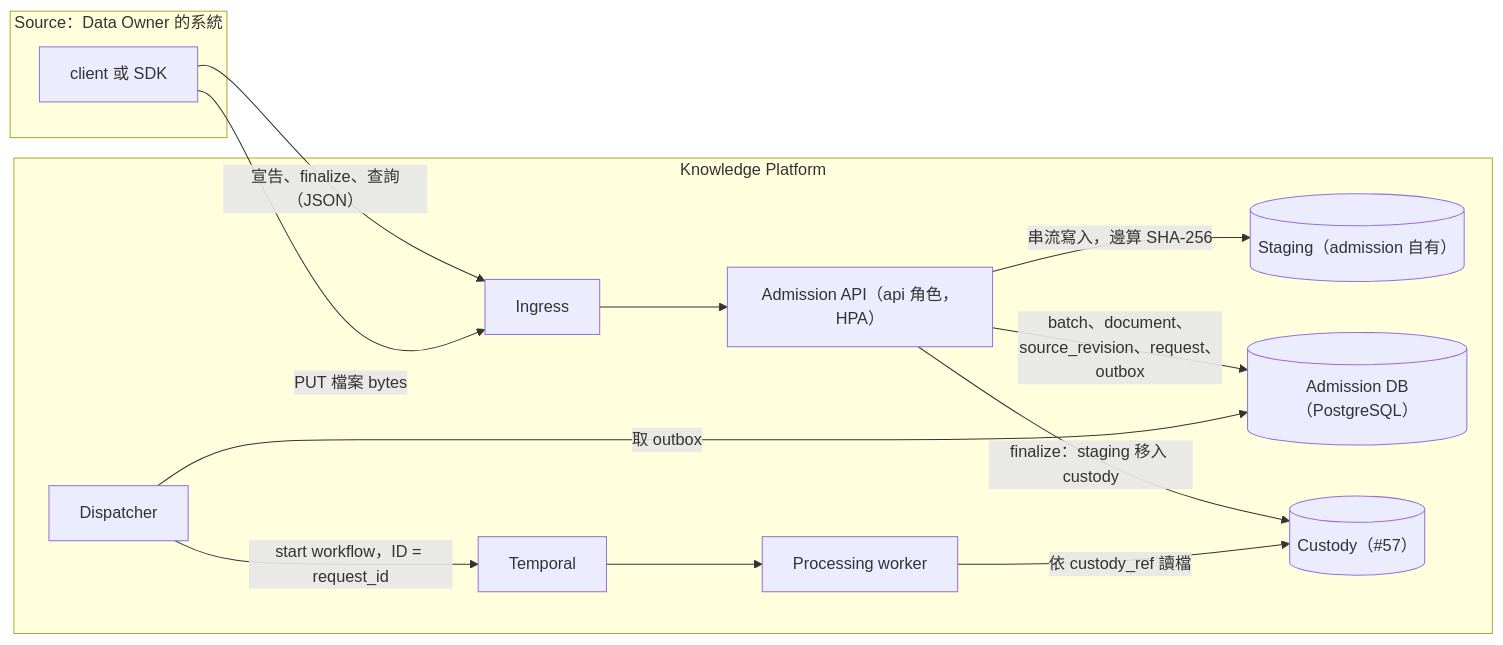
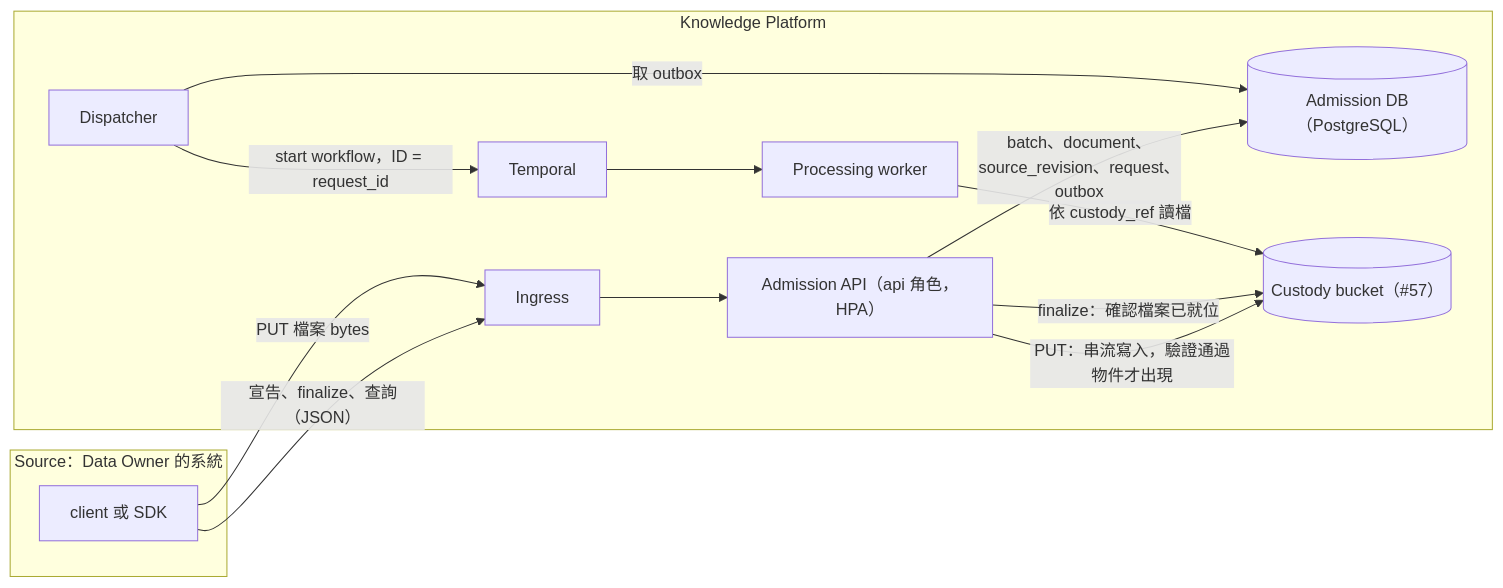
The first of 2 diagrams in docs/design/knowledge-platform-file-upload.md (davidlinnnn/data-ingestion), drawn with Mermaid before and after one commit. The commit also changed other lines of this file and 4 other files, not shown here.

````diff
--- a/docs/design/knowledge-platform-file-upload.md
+++ b/docs/design/knowledge-platform-file-upload.md
@@ -108,26 +108,25 @@
 ```mermaid
 flowchart LR
   subgraph source["Source：Data Owner 的系統"]
     C["client 或 SDK"]
   end
   subgraph platform["Knowledge Platform"]
     I["Ingress"]
     A["Admission API（api 角色，HPA）"]
-    S[("Staging（admission 自有）")]
     DB[("Admission DB（PostgreSQL）")]
-    CU[("Custody（#57）")]
+    CU[("Custody bucket（#57）")]
     D["Dispatcher"]
     T["Temporal"]
     W["Processing worker"]
   end
   C -- "宣告、finalize、查詢（JSON）" --> I
   C -- "PUT 檔案 bytes" --> I
   I --> A
-  A -- "串流寫入，邊算 SHA-256" --> S
+  A -- "PUT：串流寫入，驗證通過物件才出現" --> CU
   A -- "batch、document、source_revision、request、outbox" --> DB
-  A -- "finalize：staging 移入 custody" --> CU
+  A -- "finalize：確認檔案已就位" --> CU
   D -- "取 outbox" --> DB
   D -- "start workflow，ID = request_id" --> T
   T --> W
   W -- "依 custody_ref 讀檔" --> CU
 ```
````
